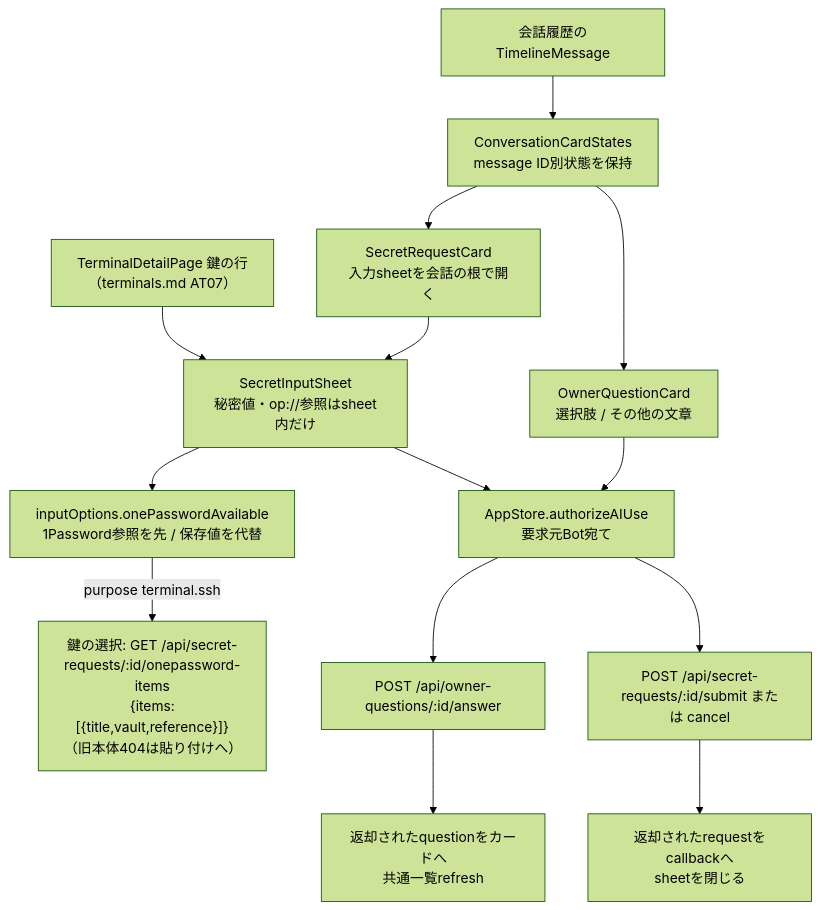
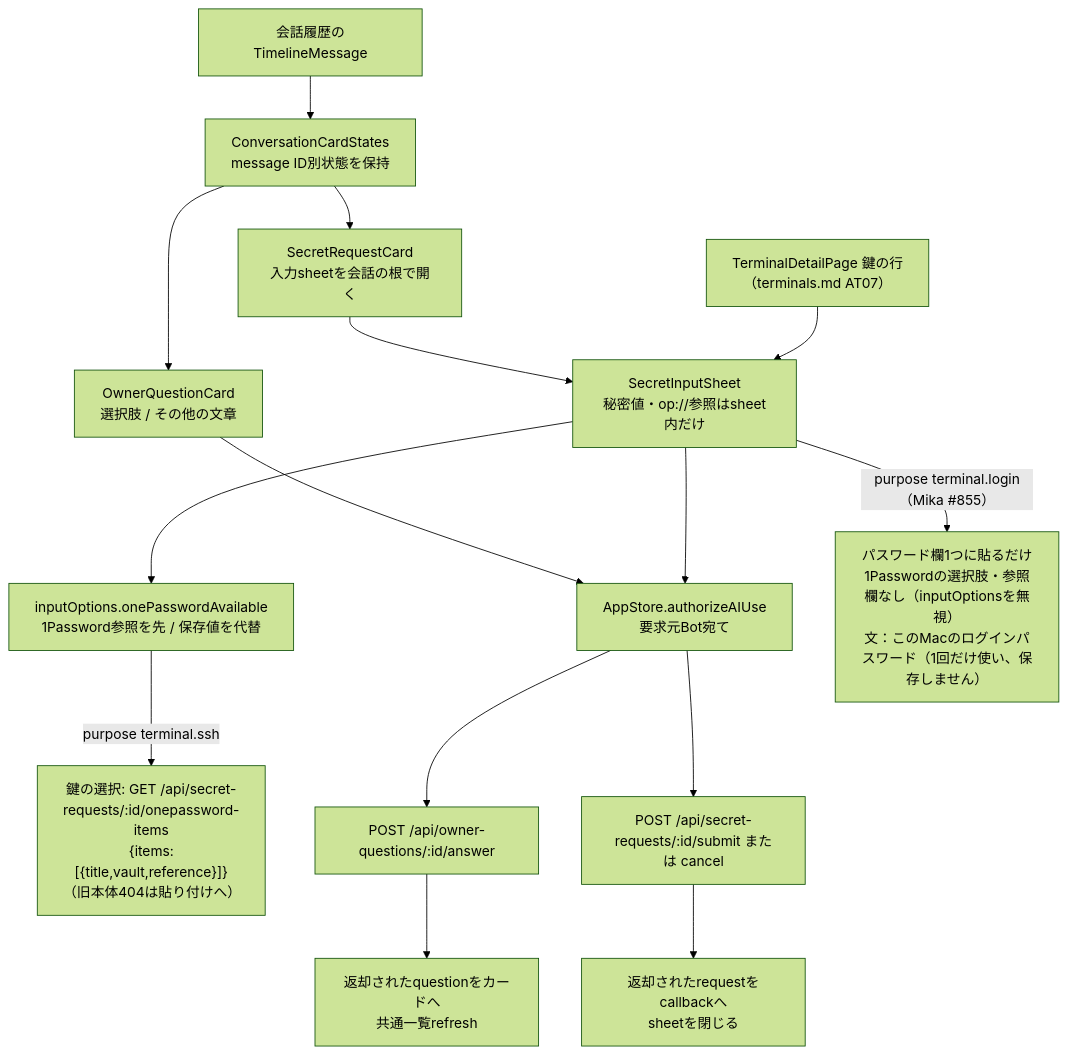
Before and after one commit to kitepon/BellTeam: the first of 4 diagrams in docs/architecture/modules/apple/requests-and-auth.md, drawn with Mermaid (forest theme). The commit also changed other lines of this file and 16 other files, not shown here.

First line of the commit message:
feat(apple): self-service "add this Mac" and loopback host-key attestation (S1/S2), terminal.login card

````diff
--- a/docs/architecture/modules/apple/requests-and-auth.md
+++ b/docs/architecture/modules/apple/requests-and-auth.md
@@ -9,16 +9,17 @@
 ```mermaid
 flowchart TD
   Message["会話履歴のTimelineMessage"] --> Cards["ConversationCardStates<br/>message ID別状態を保持"]
   Cards --> Question["OwnerQuestionCard<br/>選択肢 / その他の文章"]
   Cards --> Secret["SecretRequestCard<br/>入力sheetを会話の根で開く"]
   Question --> Access["AppStore.authorizeAIUse<br/>要求元Bot宛て"]
   Secret --> Sheet["SecretInputSheet<br/>秘密値・op://参照はsheet内だけ"]
   TerminalKey["TerminalDetailPage 鍵の行<br/>（terminals.md AT07）"] --> Sheet
   Sheet --> Source["inputOptions.onePasswordAvailable<br/>1Password参照を先 / 保存値を代替"]
+  Sheet -->|"purpose terminal.login（Mika #855）"| Login["パスワード欄1つに貼るだけ<br/>1Passwordの選択肢・参照欄なし（inputOptionsを無視）<br/>文：このMacのログインパスワード（1回だけ使い、保存しません）"]
   Source -->|"purpose terminal.ssh"| Picker["鍵の選択: GET /api/secret-requests/:id/onepassword-items<br/>{items:[{title,vault,reference}]}（旧本体404は貼り付けへ）"]
   Sheet --> Access
   Access --> Answer["POST /api/owner-questions/:id/answer"]
   Access --> Finish["POST /api/secret-requests/:id/submit または cancel"]
   Answer --> Result["返却されたquestionをカードへ<br/>共通一覧refresh"]
   Finish --> Complete["返却されたrequestをcallbackへ<br/>sheetを閉じる"]
 ```
````
